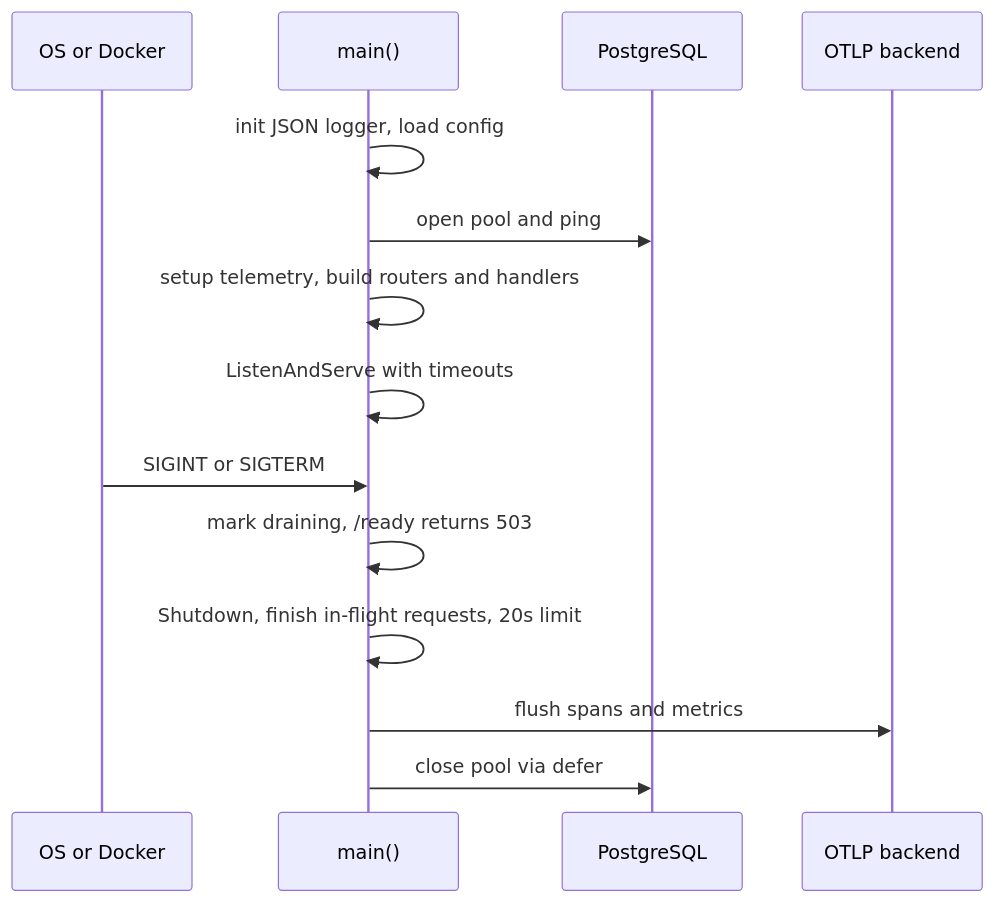
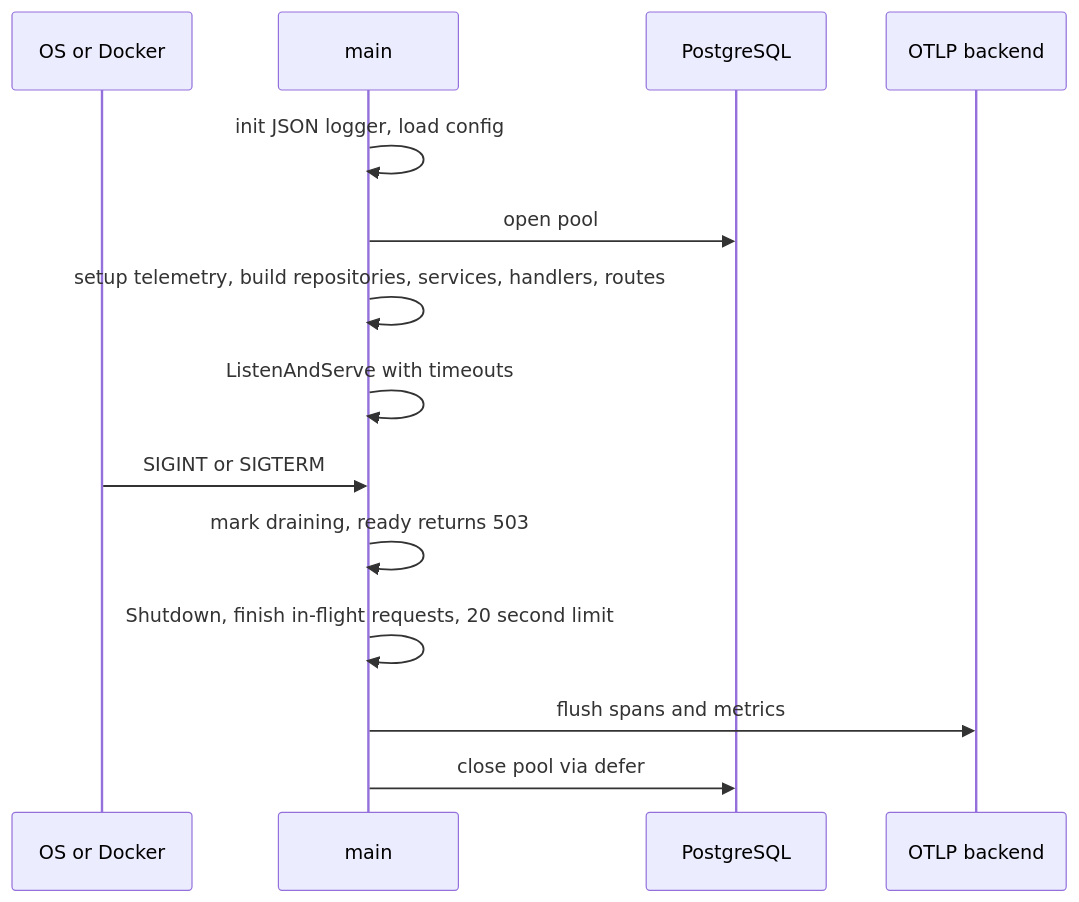
One commit to harshatha-exe/bank-app changed the sixth of 7 diagrams in docs/architecture.md. Above: the diagram before and after it, drawn with Mermaid. The commit also changed other lines of this file and 4 other files, not shown here.

Commit message:
Fix: [docs/] mermaid flows , missing apis

````diff
--- a/docs/architecture.md
+++ b/docs/architecture.md
@@ -103,17 +128,17 @@
 ```mermaid
 sequenceDiagram
     participant OS as OS or Docker
-    participant App as main()
+    participant App as main
     participant DB as PostgreSQL
     participant NR as OTLP backend
 
     App->>App: init JSON logger, load config
-    App->>DB: open pool and ping
-    App->>App: setup telemetry, build routers and handlers
+    App->>DB: open pool
+    App->>App: setup telemetry, build repositories, services, handlers, routes
     App->>App: ListenAndServe with timeouts
     OS->>App: SIGINT or SIGTERM
-    App->>App: mark draining, /ready returns 503
-    App->>App: Shutdown, finish in-flight requests, 20s limit
+    App->>App: mark draining, ready returns 503
+    App->>App: Shutdown, finish in-flight requests, 20 second limit
     App->>NR: flush spans and metrics
     App->>DB: close pool via defer
 ```
````
